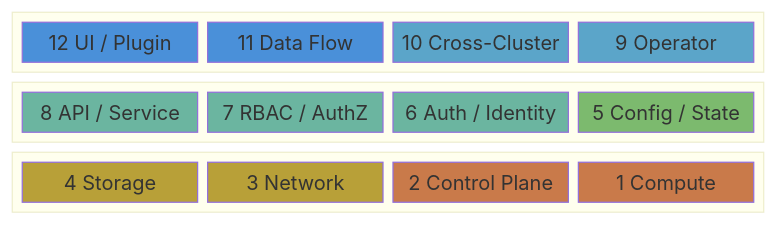
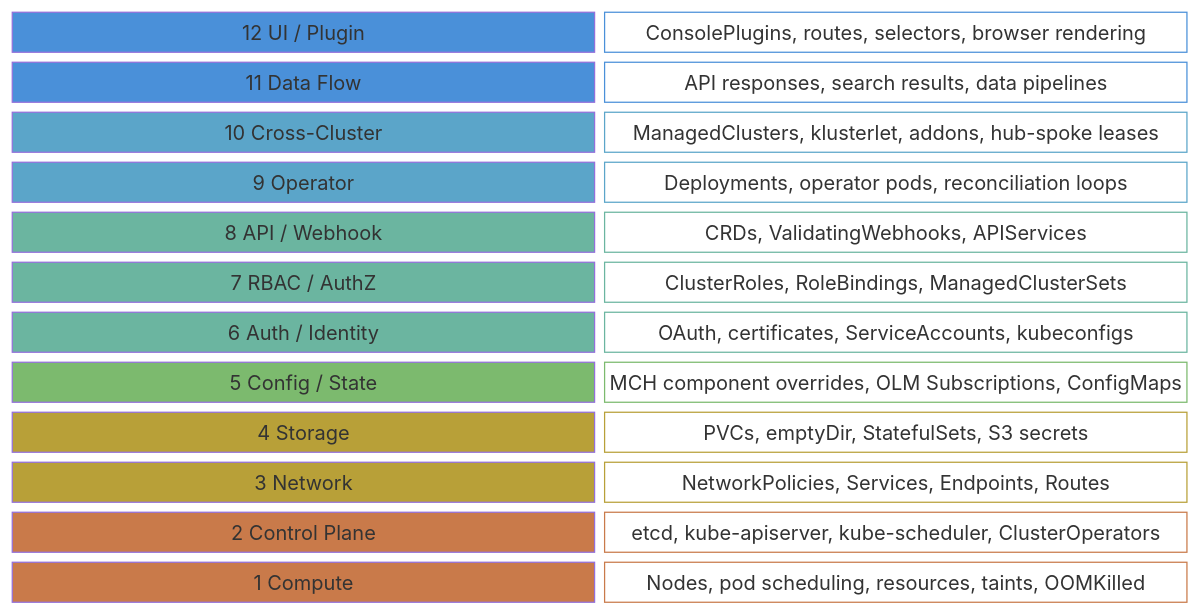
Before and after one commit to stolostron/acm-ai-qe: the second of 2 diagrams in apps/z-stream-analysis/README.md, drawn with Mermaid. The commit also changed other lines of this file and 2 other files, not shown here.

Commit message:
docs: add launch instructions to Quick Start, redesign 12-layer diagram
- Add cd + claude launch steps to z-stream and test-case-gen Quick Start
  sections, matching the acm-hub-health style. Include NOTE about /onboard
  for first-time setup.
- Replace 12-layer block-beta grid diagram with vertical stack layout in
  both z-stream and acm-hub-health READMEs. Each layer now shows K8s
  resources it examines (e.g., Layer 3: NetworkPolicies, Services,
  Endpoints, Routes) for immediate context.

````diff
--- a/apps/z-stream-analysis/README.md
+++ b/apps/z-stream-analysis/README.md
@@ -56,41 +64,66 @@
 ```mermaid
 block-beta
-    columns 4
+    columns 2
 
-    block:upper:4
-        columns 4
-        L12["12 UI / Plugin"]
-        L11["11 Data Flow"]
-        L10["10 Cross-Cluster"]
-        L9["9 Operator"]
-    end
+    L12["12  UI / Plugin"]:1
+    D12["ConsolePlugins, routes, selectors, browser rendering"]:1
 
-    block:mid:4
-        columns 4
-        L8["8 API / Service"]
-        L7["7 RBAC / AuthZ"]
-        L6["6 Auth / Identity"]
-        L5["5 Config / State"]
-    end
+    L11["11  Data Flow"]:1
+    D11["API responses, search results, data pipelines"]:1
 
-    block:lower:4
-        columns 4
-        L4["4 Storage"]
-        L3["3 Network"]
-        L2["2 Control Plane"]
-        L1["1 Compute"]
-    end
+    L10["10  Cross-Cluster"]:1
+    D10["ManagedClusters, klusterlet, addons, hub-spoke leases"]:1
+
+    L9["9  Operator"]:1
+    D9["Deployments, operator pods, reconciliation loops"]:1
+
+    L8["8  API / Webhook"]:1
+    D8["CRDs, ValidatingWebhooks, APIServices"]:1
+
+    L7["7  RBAC / AuthZ"]:1
+    D7["ClusterRoles, RoleBindings, ManagedClusterSets"]:1
+
+    L6["6  Auth / Identity"]:1
+    D6["OAuth, certificates, ServiceAccounts, kubeconfigs"]:1
+
+    L5["5  Config / State"]:1
+    D5["MCH component overrides, OLM Subscriptions, ConfigMaps"]:1
+
+    L4["4  Storage"]:1
+    D4["PVCs, emptyDir, StatefulSets, S3 secrets"]:1
+
+    L3["3  Network"]:1
+    D3["NetworkPolicies, Services, Endpoints, Routes"]:1
+
+    L2["2  Control Plane"]:1
+    D2["etcd, kube-apiserver, kube-scheduler, ClusterOperators"]:1
+
+    L1["1  Compute"]:1
+    D1["Nodes, pod scheduling, resources, taints, OOMKilled"]:1
 
     style L12 fill:#4a90d9,color:#fff
     style L11 fill:#4a90d9,color:#fff
     style L10 fill:#5ba5c9,color:#fff
     style L9 fill:#5ba5c9,color:#fff
     style L8 fill:#6bb5a0,color:#fff
     style L7 fill:#6bb5a0,color:#fff
     style L6 fill:#6bb5a0,color:#fff
     style L5 fill:#7cba6e,color:#fff
     style L4 fill:#b8a038,color:#fff
     style L3 fill:#b8a038,color:#fff
     style L2 fill:#c97a4a,color:#fff
     style L1 fill:#c97a4a,color:#fff
+
+    style D12 fill:transparent,stroke:#4a90d9,color:#ccc
+    style D11 fill:transparent,stroke:#4a90d9,color:#ccc
+    style D10 fill:transparent,stroke:#5ba5c9,color:#ccc
+    style D9 fill:transparent,stroke:#5ba5c9,color:#ccc
+    style D8 fill:transparent,stroke:#6bb5a0,color:#ccc
+    style D7 fill:transparent,stroke:#6bb5a0,color:#ccc
+    style D6 fill:transparent,stroke:#6bb5a0,color:#ccc
+    style D5 fill:transparent,stroke:#7cba6e,color:#ccc
+    style D4 fill:transparent,stroke:#b8a038,color:#ccc
+    style D3 fill:transparent,stroke:#b8a038,color:#ccc
+    style D2 fill:transparent,stroke:#c97a4a,color:#ccc
+    style D1 fill:transparent,stroke:#c97a4a,color:#ccc
 ```
````
